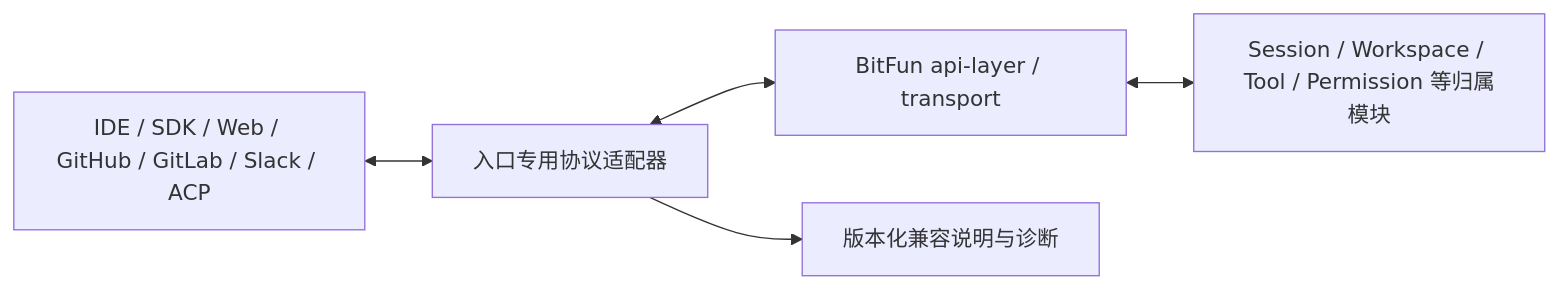
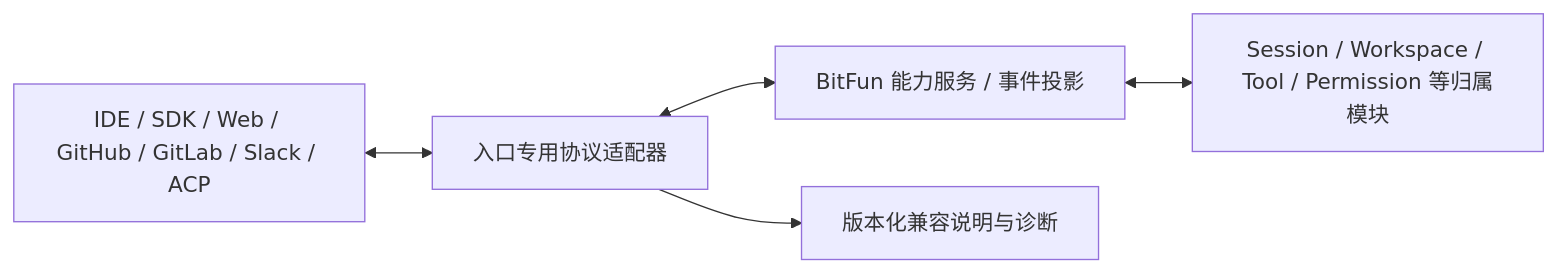
Before and after one commit to 1688mengdie/BitFun: the diagram in docs/architecture/extensions/opencode-external-integration-adapter-design.md, drawn with Mermaid. The commit also changed other lines of this file and 43 other files, not shown here.

First line of the commit message:
refactor(architecture): remove unused API and transport surfaces

````diff
--- a/docs/architecture/extensions/opencode-external-integration-adapter-design.md
+++ b/docs/architecture/extensions/opencode-external-integration-adapter-design.md
@@ -39,13 +39,13 @@
 ```mermaid
 flowchart LR
   Client["IDE / SDK / Web / GitHub / GitLab / Slack / ACP"]
   Protocol["入口专用协议适配器"]
-  Transport["BitFun api-layer / transport"]
+  Transport["BitFun 能力服务 / 事件投影"]
   Owners["Session / Workspace / Tool / Permission 等归属模块"]
   Compat["版本化兼容说明与诊断"]
 
   Client <--> Protocol
   Protocol <--> Transport
   Transport <--> Owners
   Protocol --> Compat
 ```
````
